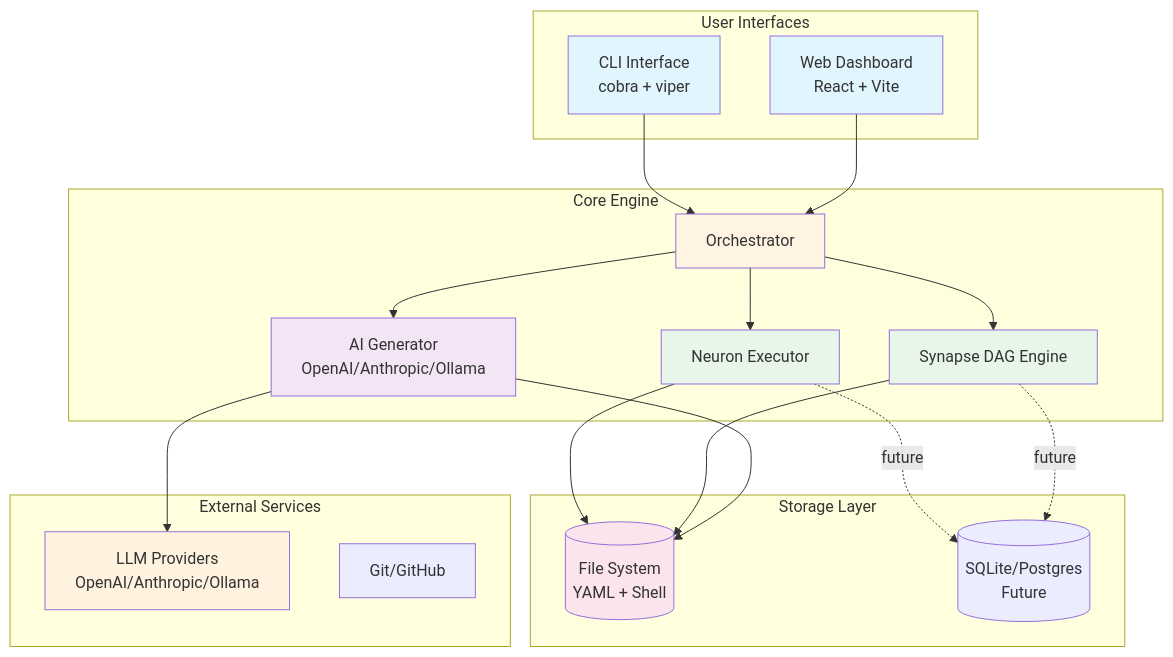
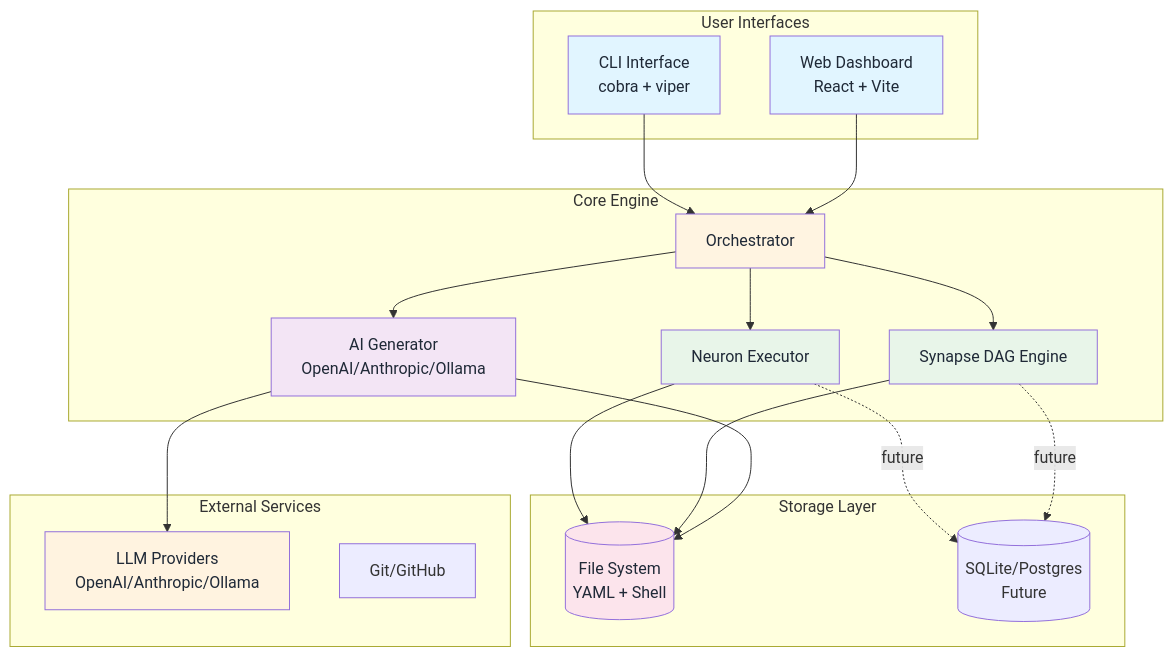
The first of 8 diagrams in docs/diagrams/architecture.md (mailprak/cortex), drawn with Mermaid before and after one commit. The commit also changed other lines of this file and 3 other files, not shown here.

First line of the commit message:
fix(docs): improve Mermaid diagram text visibility with dark color

````diff
--- a/docs/diagrams/architecture.md
+++ b/docs/diagrams/architecture.md
@@ -7,47 +7,47 @@
 ```mermaid
 graph TB
     subgraph "User Interfaces"
         CLI[CLI Interface<br/>cobra + viper]
         WebUI[Web Dashboard<br/>React + Vite]
     end
 
     subgraph "Core Engine"
         Orchestrator[Orchestrator]
         NeuronExec[Neuron Executor]
         SynapseDAG[Synapse DAG Engine]
         AIGen[AI Generator<br/>OpenAI/Anthropic/Ollama]
     end
 
     subgraph "Storage Layer"
         FileSystem[(File System<br/>YAML + Shell)]
         Database[(SQLite/Postgres<br/>Future)]
     end
 
     subgraph "External Services"
         LLM[LLM Providers<br/>OpenAI/Anthropic/Ollama]
         Git[Git/GitHub]
     end
 
     CLI --> Orchestrator
     WebUI --> Orchestrator
     Orchestrator --> NeuronExec
     Orchestrator --> SynapseDAG
     Orchestrator --> AIGen
 
     NeuronExec --> FileSystem
     SynapseDAG --> FileSystem
     AIGen --> LLM
     AIGen --> FileSystem
 
     NeuronExec -.->|future| Database
     SynapseDAG -.->|future| Database
 
-    style CLI fill:#e1f5ff
-    style WebUI fill:#e1f5ff
-    style Orchestrator fill:#fff4e1
-    style NeuronExec fill:#e8f5e9
-    style SynapseDAG fill:#e8f5e9
-    style AIGen fill:#f3e5f5
-    style FileSystem fill:#fce4ec
-    style LLM fill:#fff3e0
+    style CLI fill:#e1f5ff,color:#1f2937
+    style WebUI fill:#e1f5ff,color:#1f2937
+    style Orchestrator fill:#fff4e1,color:#1f2937
+    style NeuronExec fill:#e8f5e9,color:#1f2937
+    style SynapseDAG fill:#e8f5e9,color:#1f2937
+    style AIGen fill:#f3e5f5,color:#1f2937
+    style FileSystem fill:#fce4ec,color:#1f2937
+    style LLM fill:#fff3e0,color:#1f2937
 ```
````
